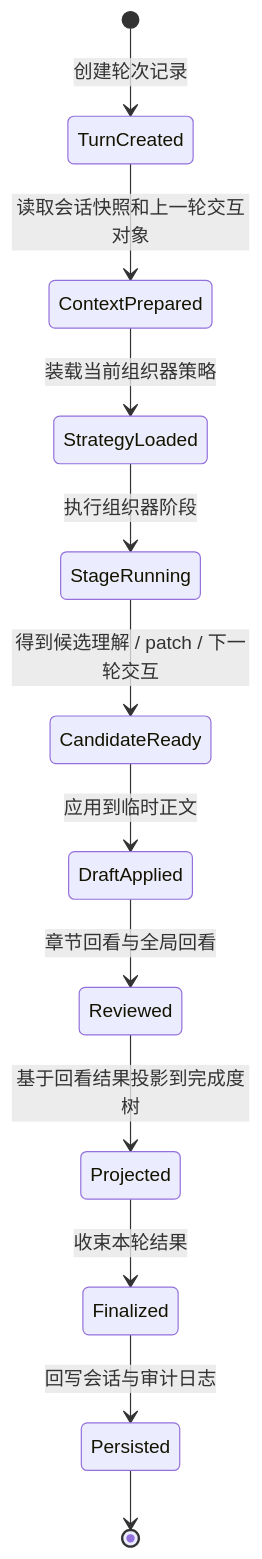
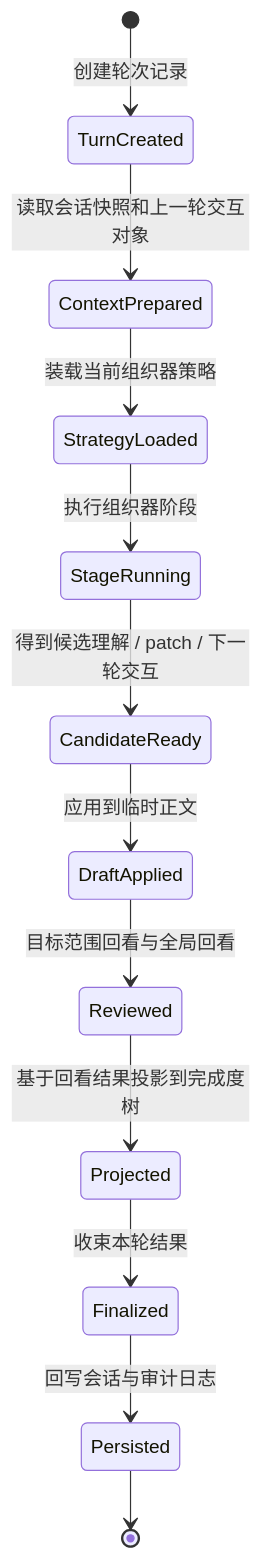
Diagram 23 of 35 in DOC/CODEX_DOC/02_设计说明/P2_需求分析系统/P2-需求分析系统设计.md (wgwtest/CodeFactoryV2), drawn with Mermaid before and after one commit. The commit also changed other lines of this file and 15 other files, not shown here.

````diff
--- a/DOC/CODEX_DOC/02_设计说明/P2_需求分析系统/P2-需求分析系统设计.md
+++ b/DOC/CODEX_DOC/02_设计说明/P2_需求分析系统/P2-需求分析系统设计.md
@@ -2837,14 +2850,14 @@
 ```mermaid
 stateDiagram-v2
   [*] --> TurnCreated: 创建轮次记录
   TurnCreated --> ContextPrepared: 读取会话快照和上一轮交互对象
   ContextPrepared --> StrategyLoaded: 装载当前组织器策略
   StrategyLoaded --> StageRunning: 执行组织器阶段
   StageRunning --> CandidateReady: 得到候选理解 / patch / 下一轮交互
   CandidateReady --> DraftApplied: 应用到临时正文
-  DraftApplied --> Reviewed: 章节回看与全局回看
+  DraftApplied --> Reviewed: 目标范围回看与全局回看
   Reviewed --> Projected: 基于回看结果投影到完成度树
   Projected --> Finalized: 收束本轮结果
   Finalized --> Persisted: 回写会话与审计日志
   Persisted --> [*]
 ```
````
